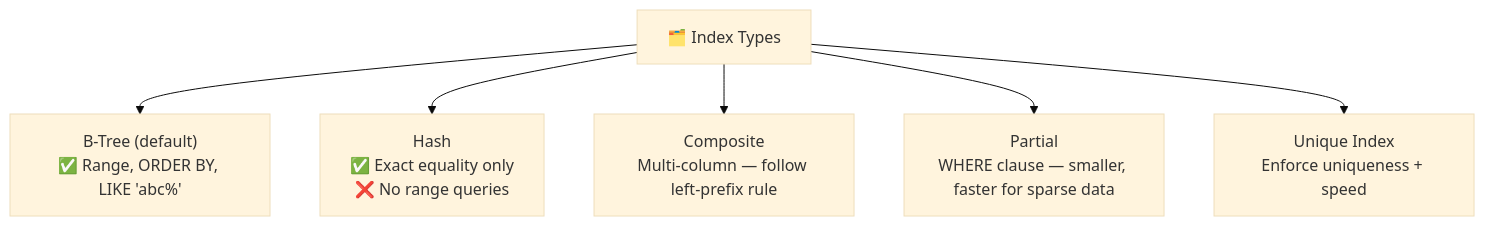
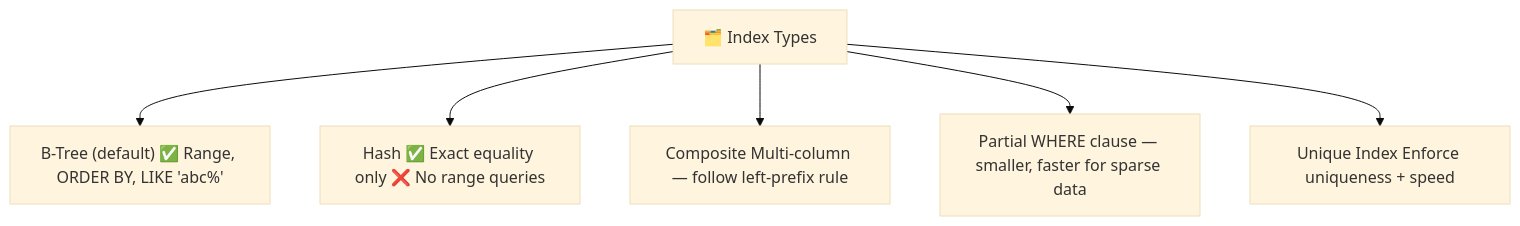
One commit to naveenkumar1661997/notes changed the fifth of 7 diagrams in sql.md. Above: the diagram before and after it, drawn with Mermaid (base theme). The commit also changed other lines of this file and 12 other files, not shown here.

```diff
--- a/sql.md
+++ b/sql.md
@@ -219,9 +219,9 @@
 <pre class="mermaid">
 flowchart TD
     IDX["🗂️ Index Types"]
-    IDX --> BT["B-Tree (default)\n✅ Range, ORDER BY, LIKE 'abc%'"]
-    IDX --> HS["Hash\n✅ Exact equality only\n❌ No range queries"]
-    IDX --> CI["Composite\nMulti-column — follow left-prefix rule"]
-    IDX --> PI["Partial\nWHERE clause — smaller, faster for sparse data"]
-    IDX --> UI["Unique Index\nEnforce uniqueness + speed"]
+    IDX --> BT["B-Tree (default) ✅ Range, ORDER BY, LIKE 'abc%'"]
+    IDX --> HS["Hash ✅ Exact equality only ❌ No range queries"]
+    IDX --> CI["Composite Multi-column — follow left-prefix rule"]
+    IDX --> PI["Partial WHERE clause — smaller, faster for sparse data"]
+    IDX --> UI["Unique Index Enforce uniqueness + speed"]
 </pre>
```
